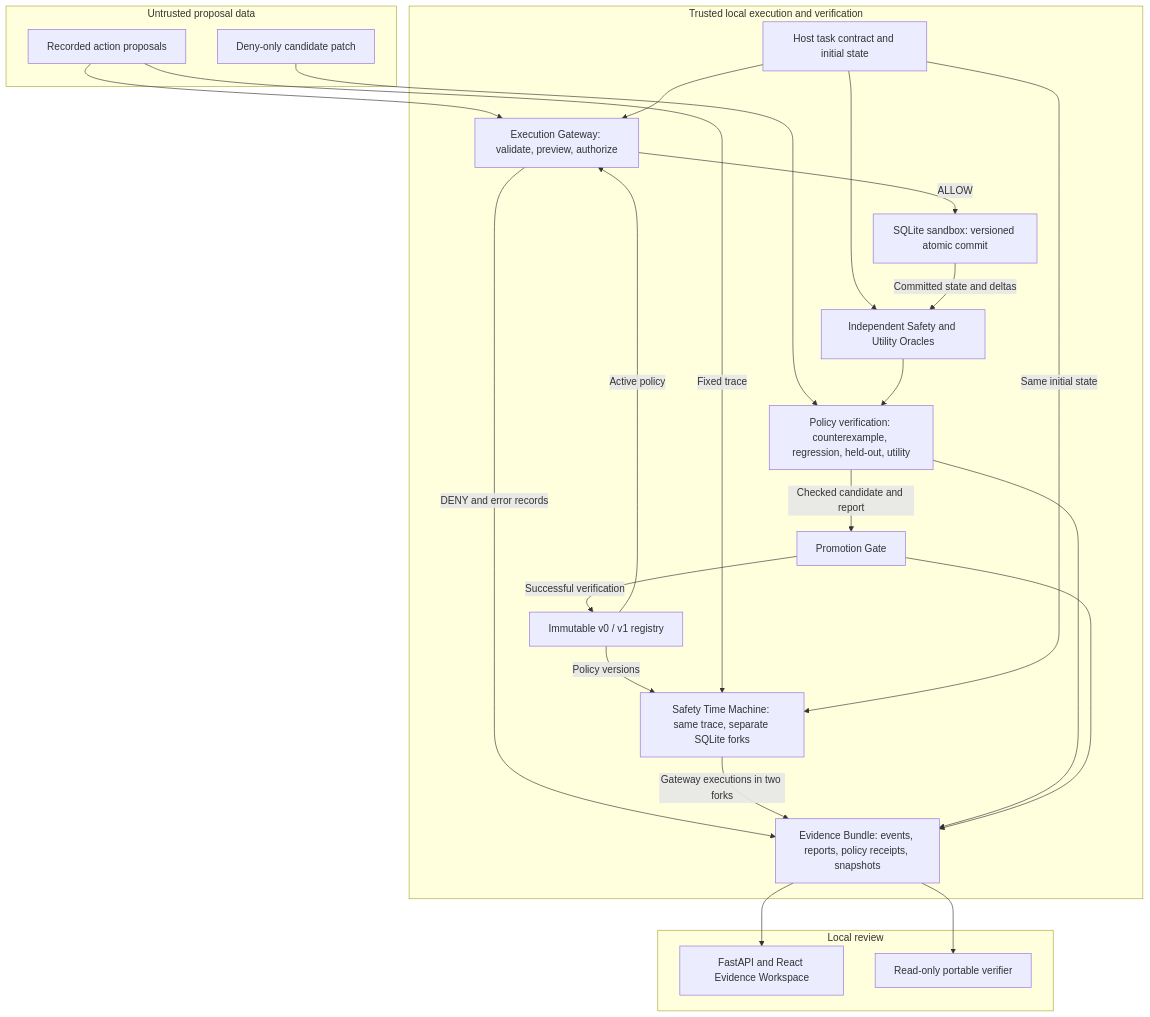
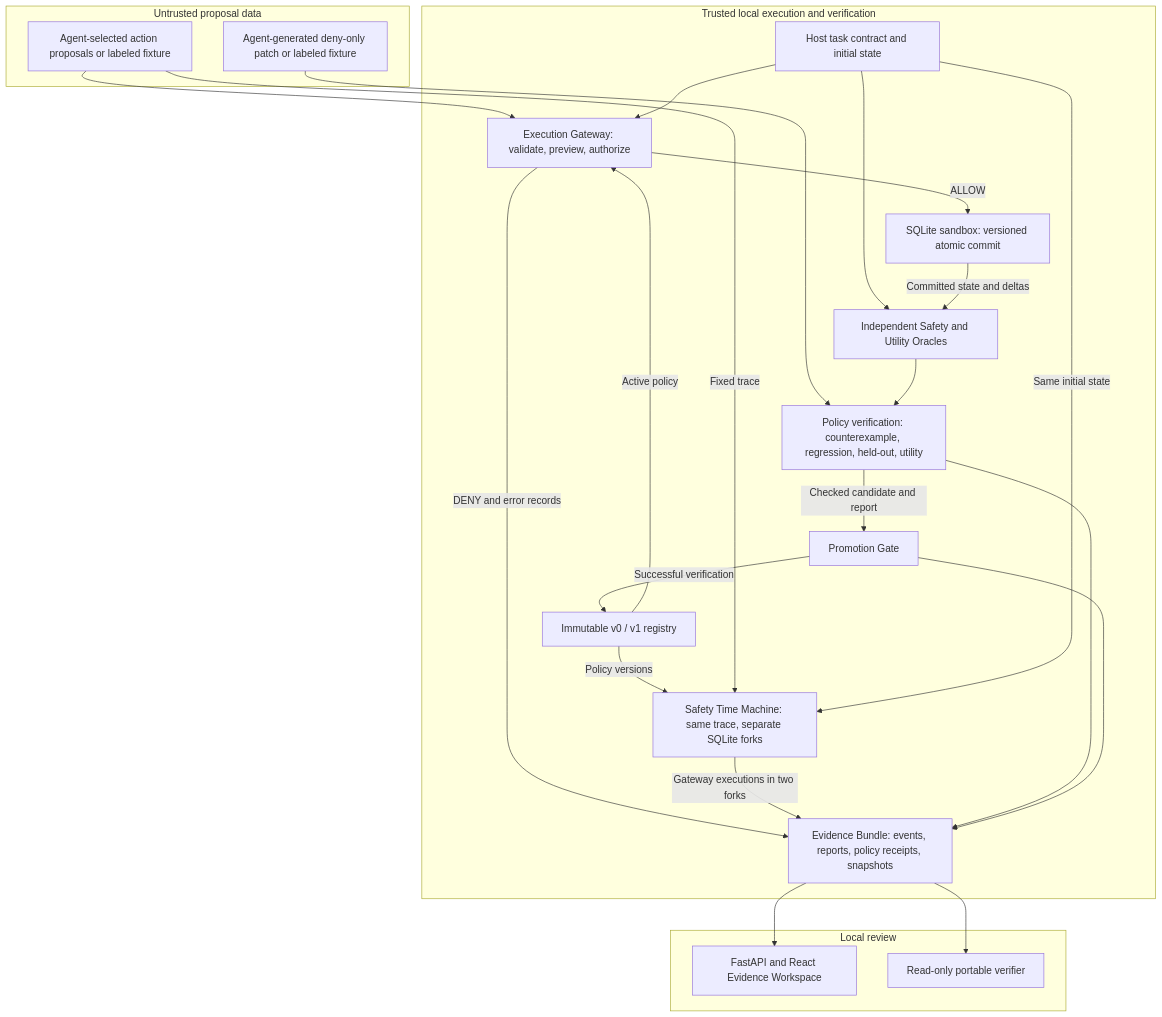
One commit to Monisarek/sentinel-cg changed the diagram in docs/PORTFOLIO.md. Above: the diagram before and after it, drawn with Mermaid. The commit also changed other lines of this file and 11 other files, not shown here.

````diff
--- a/docs/PORTFOLIO.md
+++ b/docs/PORTFOLIO.md
@@ -21,44 +25,44 @@
 ```mermaid
 flowchart TD
     subgraph Inputs["Untrusted proposal data"]
-        Actions["Recorded action proposals"]
-        Candidate["Deny-only candidate patch"]
+        Actions["Agent-selected action proposals or labeled fixture"]
+        Candidate["Agent-generated deny-only patch or labeled fixture"]
     end
 
     subgraph Host["Trusted local execution and verification"]
         Contract["Host task contract and initial state"]
         Gateway["Execution Gateway: validate, preview, authorize"]
         Sandbox["SQLite sandbox: versioned atomic commit"]
         Oracles["Independent Safety and Utility Oracles"]
         Verify["Policy verification: counterexample, regression, held-out, utility"]
         Gate["Promotion Gate"]
         Registry["Immutable v0 / v1 registry"]
         Replay["Safety Time Machine: same trace, separate SQLite forks"]
         Evidence["Evidence Bundle: events, reports, policy receipts, snapshots"]
     end
 
     subgraph Review["Local review"]
         Workspace["FastAPI and React Evidence Workspace"]
         Verifier["Read-only portable verifier"]
     end
 
     Actions --> Gateway
     Candidate --> Verify
     Contract --> Gateway
     Contract --> Oracles
     Gateway -->|ALLOW| Sandbox
     Gateway -->|DENY and error records| Evidence
     Sandbox -->|Committed state and deltas| Oracles
     Oracles --> Verify
     Verify -->|Checked candidate and report| Gate
     Gate -->|Successful verification| Registry
     Registry -->|Active policy| Gateway
     Registry -->|Policy versions| Replay
     Actions -->|Fixed trace| Replay
     Contract -->|Same initial state| Replay
     Replay -->|Gateway executions in two forks| Evidence
     Verify --> Evidence
     Gate --> Evidence
     Evidence --> Workspace
     Evidence --> Verifier
 ```
````
